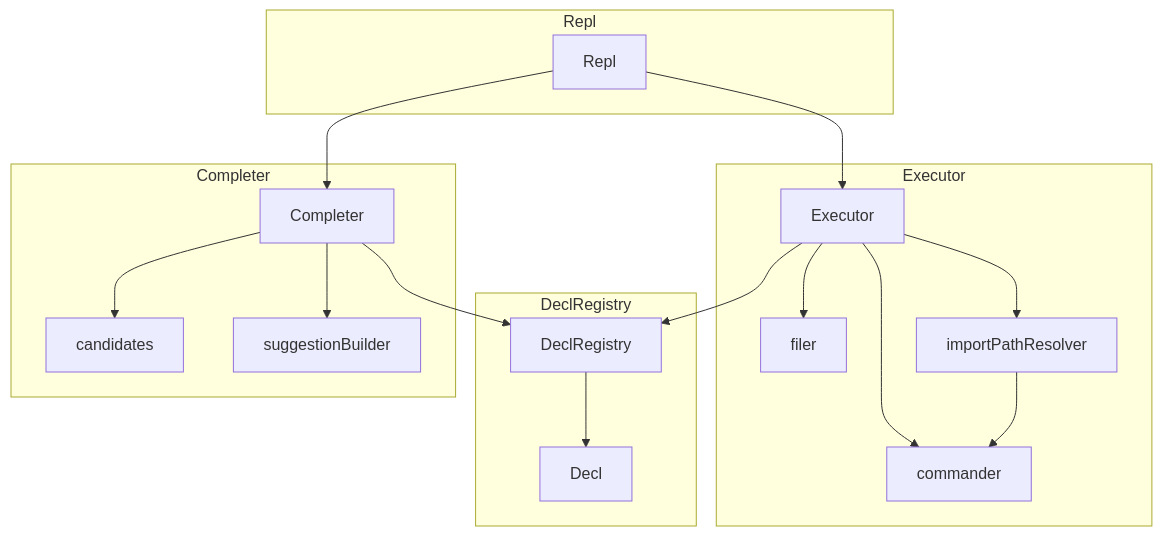
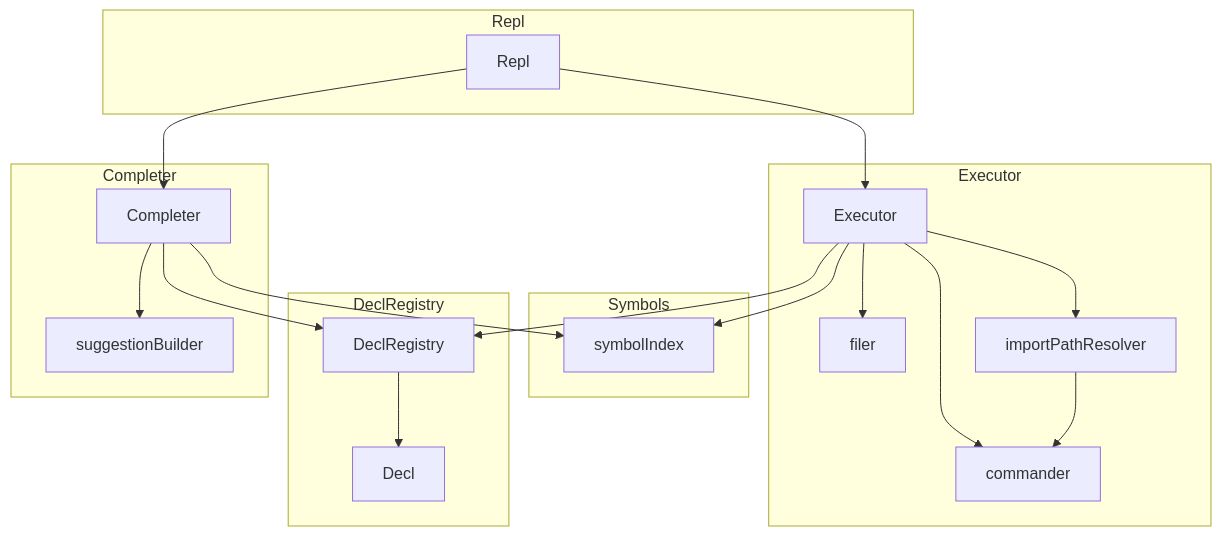
One commit to kakkky/gonsole changed the diagram in docs/ARCHITECTURE.md. Above: the diagram before and after it, drawn with Mermaid. The commit also changed other lines of this file and 1 other file, not shown here.

````diff
--- a/docs/ARCHITECTURE.md
+++ b/docs/ARCHITECTURE.md
@@ -4,33 +4,36 @@
 ```mermaid
 graph TD
     subgraph Repl
         REPL[Repl]
+    end
+    subgraph Symbols
+        SYMBOLINDEX[symbolIndex]
     end
     subgraph Executor
         EXEC[Executor]
         FILER[filer]
         IMPORTRESOLVER[importPathResolver]
         COMMANDER[commander]
     end
     subgraph DeclRegistry
         DECLREG[DeclRegistry]
         DECL[Decl]
     end
     subgraph Completer
         COMPLETER[Completer]
-        CANDIDATES[candidates]
         SUGGESTION[suggestionBuilder]
     end
 
     REPL --> EXEC
     REPL --> COMPLETER
     EXEC --> FILER
     EXEC --> IMPORTRESOLVER
     EXEC --> COMMANDER
+    EXEC --> SYMBOLINDEX
     EXEC --> DECLREG
     IMPORTRESOLVER --> COMMANDER
-    COMPLETER --> CANDIDATES
+    COMPLETER --> SYMBOLINDEX
     COMPLETER --> SUGGESTION
     COMPLETER --> DECLREG
     DECLREG --> DECL
 ```
````
